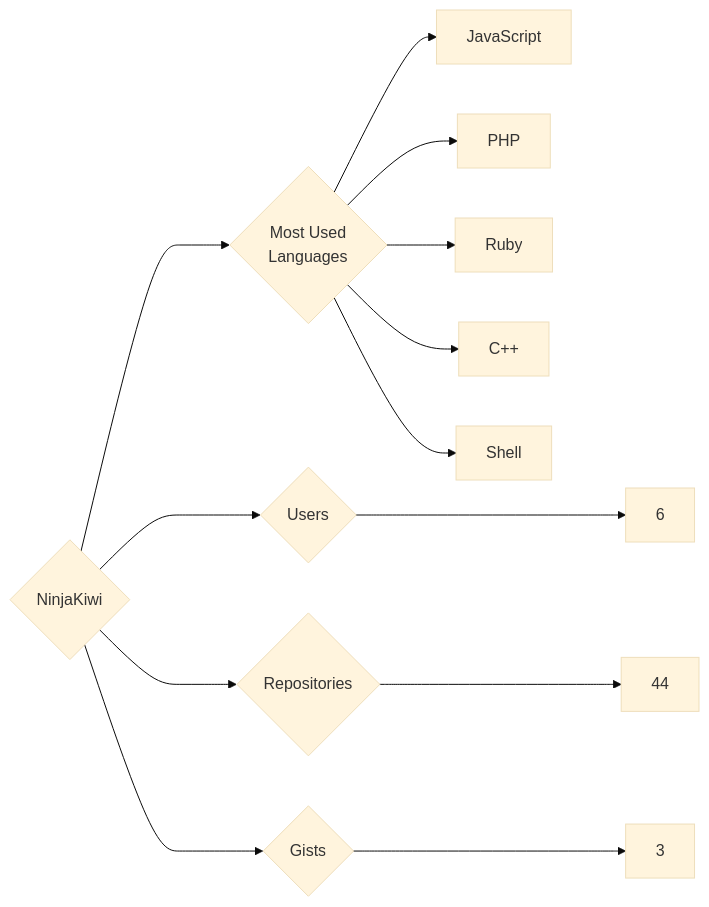
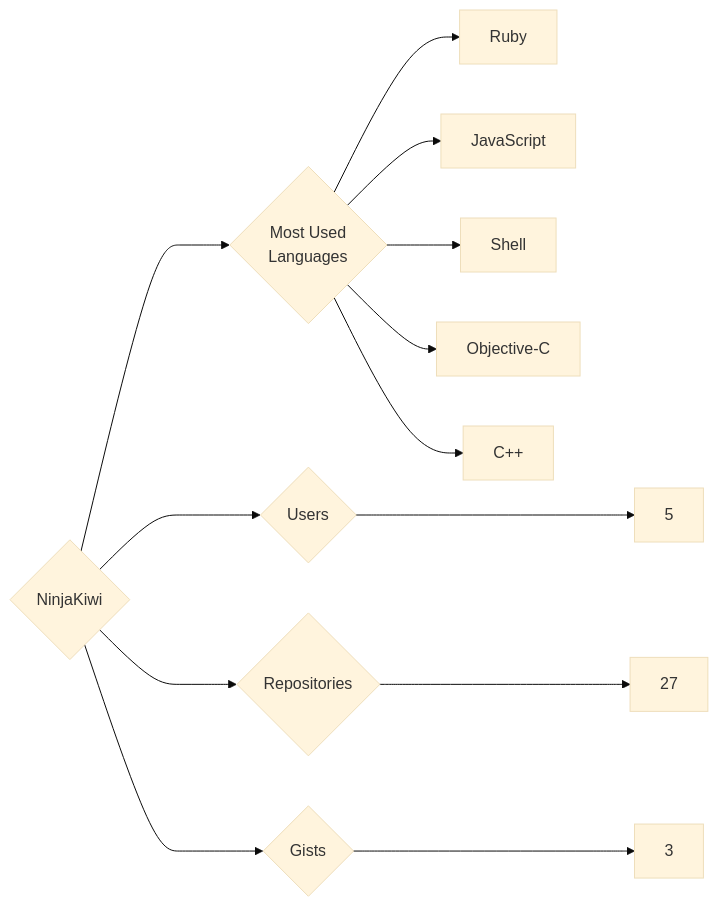
The diagram in targets/NinjaKiwi/README.md (trickest/insiders), drawn with Mermaid (base theme) before and after one commit. The commit also changed 682 other files, not shown here.

````diff
--- a/targets/NinjaKiwi/README.md
+++ b/targets/NinjaKiwi/README.md
@@ -3,13 +3,13 @@
 ```mermaid
 graph LR
 COMPANY_NAME{NinjaKiwi}
-COMPANY_NAME ---> U{Users} ---> UN[6]
-COMPANY_NAME ---> R{Repositories} ---> RN[44]
+COMPANY_NAME ---> U{Users} ---> UN[5]
+COMPANY_NAME ---> R{Repositories} ---> RN[27]
 COMPANY_NAME ---> G{Gists} ---> GN[3]
 COMPANY_NAME ---> ML{Most Used<br>Languages}
+ML --> Ruby[Ruby]
 ML --> JavaScript[JavaScript]
-ML --> PHP[PHP]
-ML --> Ruby[Ruby]
+ML --> Shell[Shell]
+ML --> Objective-C[Objective-C]
 ML --> C++[C++]
-ML --> Shell[Shell]
 ```
````
